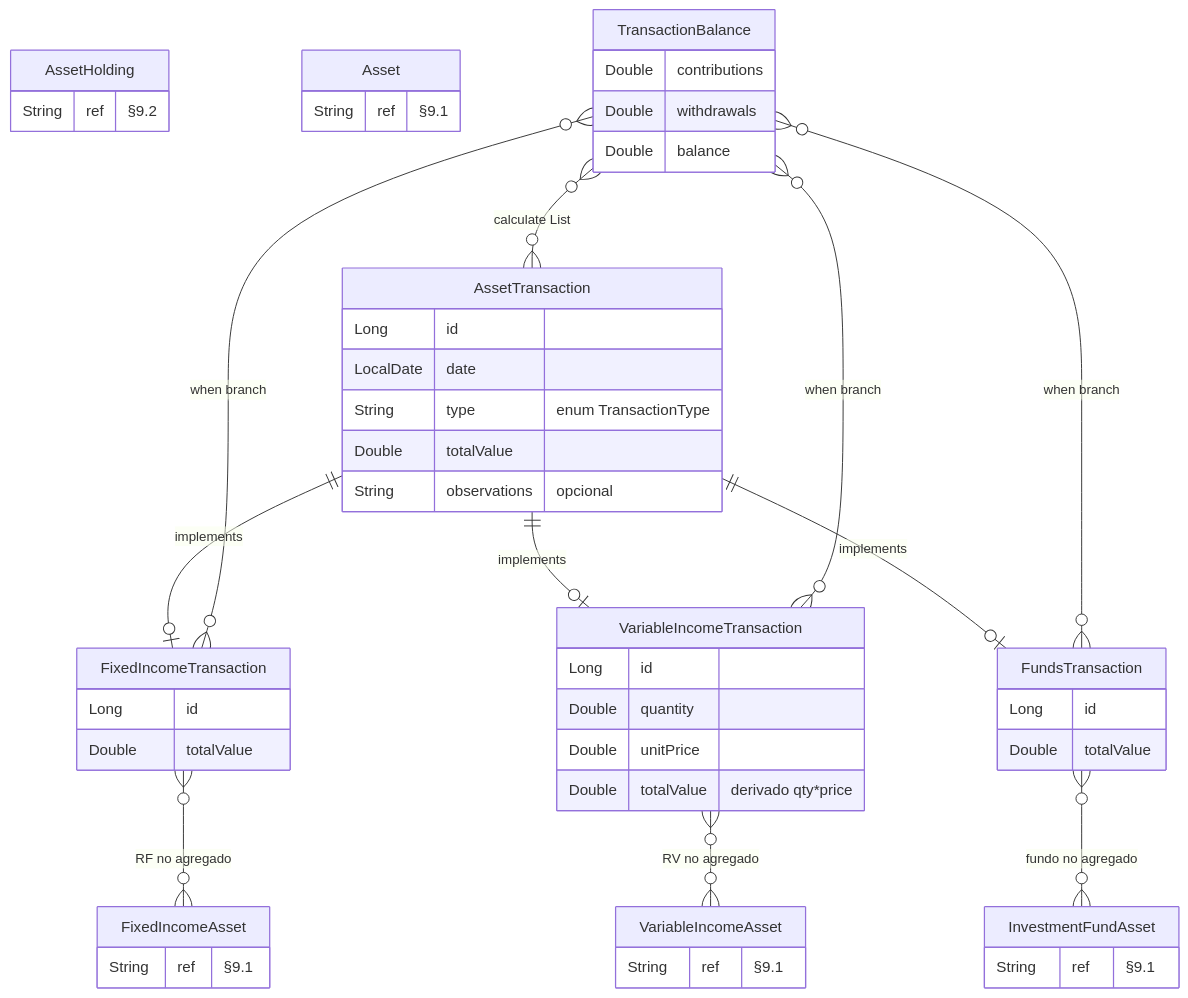
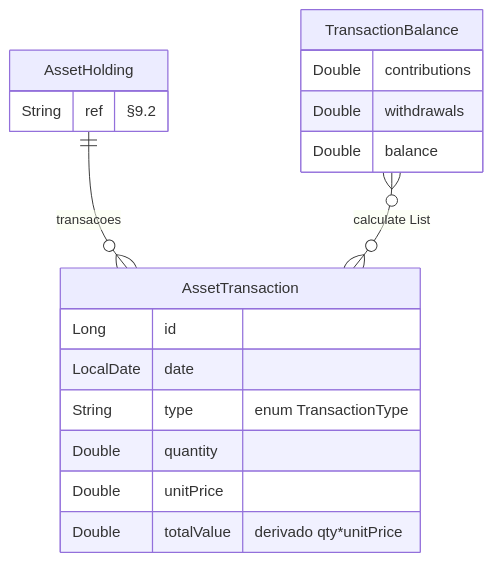
The third of 5 diagrams in core/domain/entity/docs/DOMAIN.md (enirsilvaferraz/Investments-KMP), drawn with Mermaid before and after one commit. The commit also changed other lines of this file and 57 other files, not shown here.

````diff
--- a/core/domain/entity/docs/DOMAIN.md
+++ b/core/domain/entity/docs/DOMAIN.md
@@ -249,54 +249,21 @@
 ```mermaid
 erDiagram
     AssetHolding {
         String ref "§9.2"
     }
-    Asset {
-        String ref "§9.1"
-    }
-    FixedIncomeAsset {
-        String ref "§9.1"
-    }
-    VariableIncomeAsset {
-        String ref "§9.1"
-    }
-    InvestmentFundAsset {
-        String ref "§9.1"
-    }
     AssetTransaction {
         Long id
         LocalDate date
         String type "enum TransactionType"
-        Double totalValue
-        String observations "opcional"
-    }
-    FixedIncomeTransaction {
-        Long id
-        Double totalValue
-    }
-    VariableIncomeTransaction {
-        Long id
         Double quantity
         Double unitPrice
-        Double totalValue "derivado qty*price"
-    }
-    FundsTransaction {
-        Long id
-        Double totalValue
+        Double totalValue "derivado qty*unitPrice"
     }
     TransactionBalance {
         Double contributions
         Double withdrawals
         Double balance
     }
-    AssetTransaction ||--o| FixedIncomeTransaction : "implements"
-    AssetTransaction ||--o| VariableIncomeTransaction : "implements"
-    AssetTransaction ||--o| FundsTransaction : "implements"
-    FixedIncomeTransaction }o--o{ FixedIncomeAsset : "RF no agregado"
-    VariableIncomeTransaction }o--o{ VariableIncomeAsset : "RV no agregado"
-    FundsTransaction }o--o{ InvestmentFundAsset : "fundo no agregado"
+    AssetHolding ||--o{ AssetTransaction : "transacoes"
     TransactionBalance }o--o{ AssetTransaction : "calculate List"
-    TransactionBalance }o--o{ FixedIncomeTransaction : "when branch"
-    TransactionBalance }o--o{ VariableIncomeTransaction : "when branch"
-    TransactionBalance }o--o{ FundsTransaction : "when branch"
 ```
````
